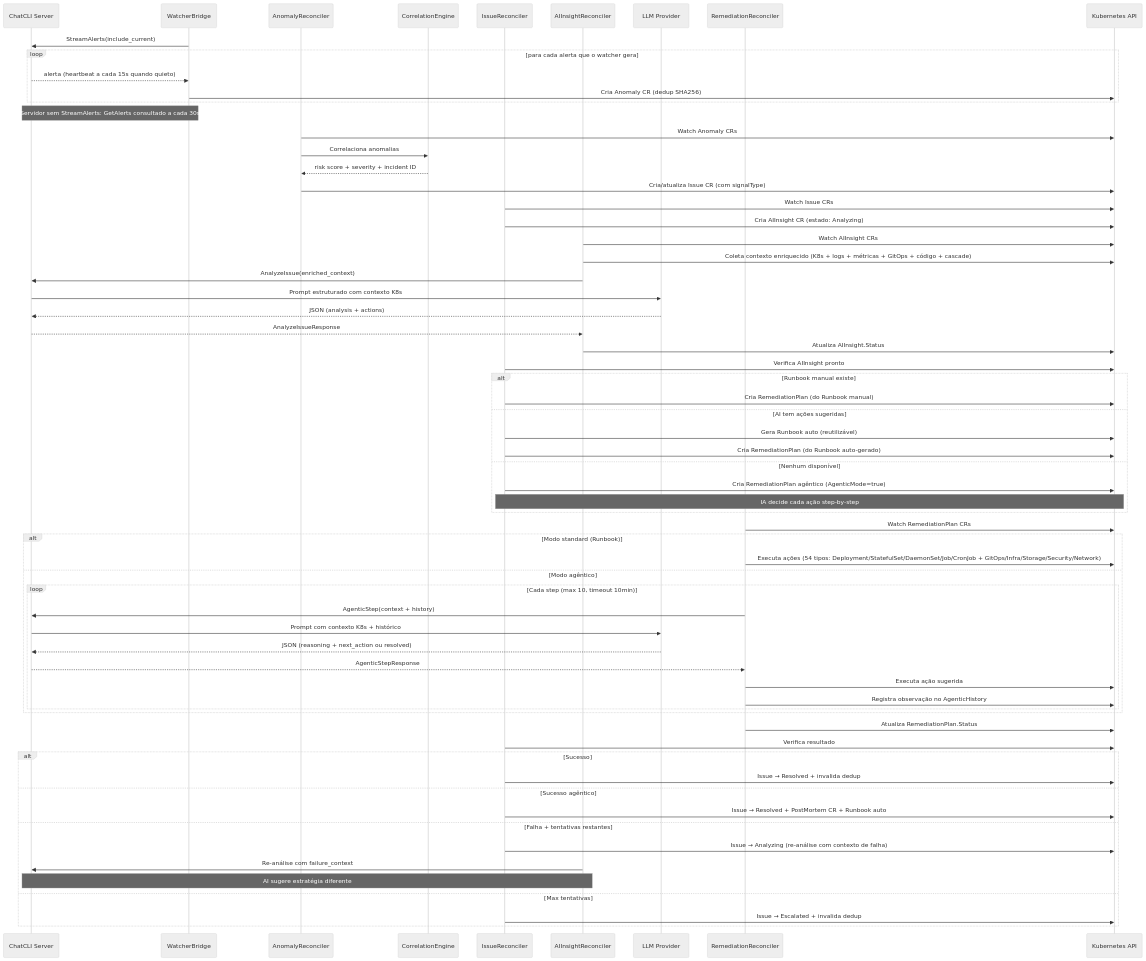
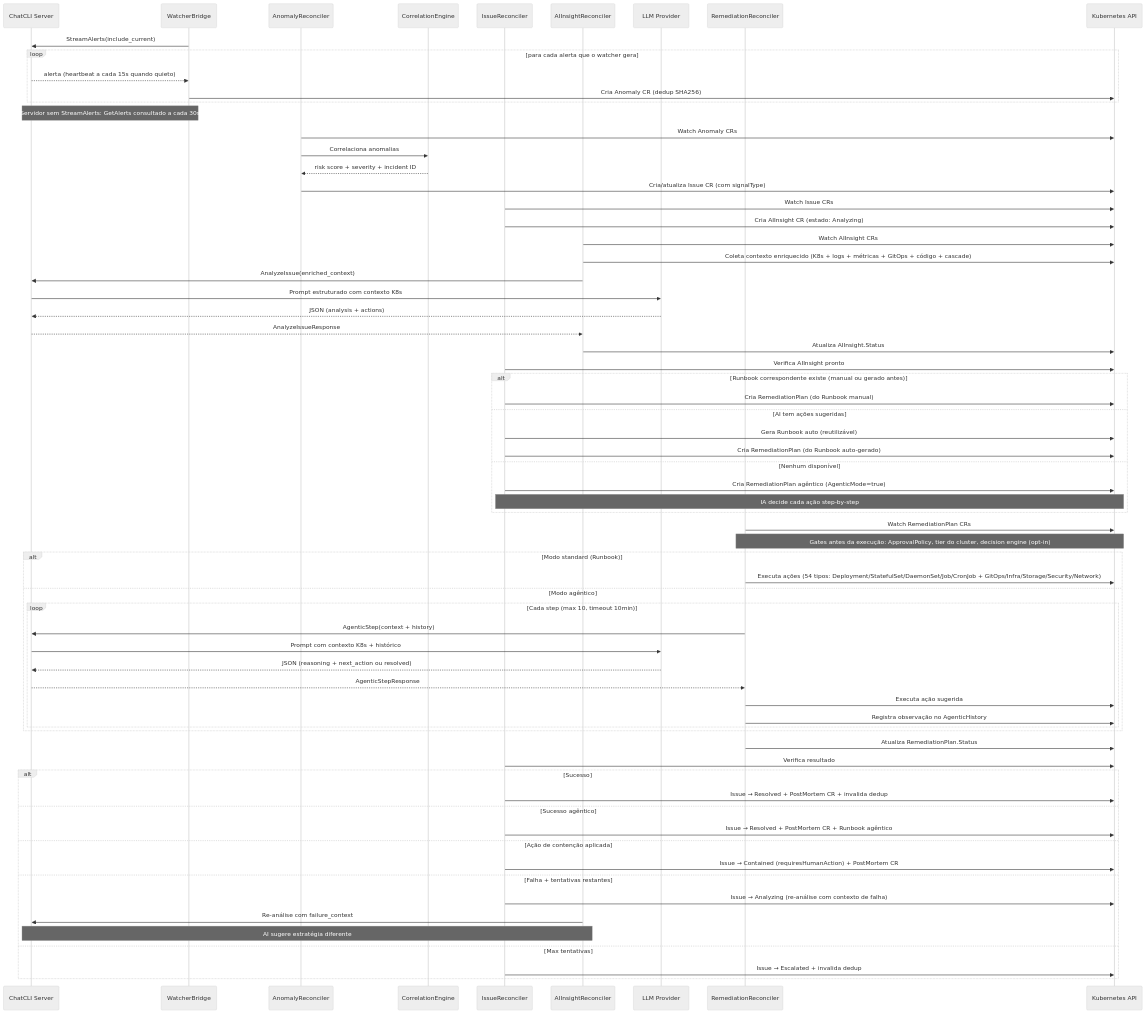
Before and after one commit to diillson/chatcli.ai: the first of 3 diagrams in pt/features/aiops-platform.mdx, drawn with Mermaid (neutral theme). The commit also changed other lines of this file and 126 other files, not shown here.

````diff
--- a/pt/features/aiops-platform.mdx
+++ b/pt/features/aiops-platform.mdx
@@ -16,75 +16,78 @@
 ```mermaid
 sequenceDiagram
     participant Server as ChatCLI Server
     participant WB as WatcherBridge
     participant AR as AnomalyReconciler
     participant CE as CorrelationEngine
     participant IR as IssueReconciler
     participant AIR as AIInsightReconciler
     participant LLM as LLM Provider
     participant RR as RemediationReconciler
     participant K8s as Kubernetes API
 
     WB->>Server: StreamAlerts(include_current)
     loop para cada alerta que o watcher gera
         Server-->>WB: alerta (heartbeat a cada 15s quando quieto)
         WB->>K8s: Cria Anomaly CR (dedup SHA256)
     end
     Note over WB,Server: Servidor sem StreamAlerts: GetAlerts consultado a cada 30s
 
     AR->>K8s: Watch Anomaly CRs
     AR->>CE: Correlaciona anomalias
     CE-->>AR: risk score + severity + incident ID
     AR->>K8s: Cria/atualiza Issue CR (com signalType)
 
     IR->>K8s: Watch Issue CRs
     IR->>K8s: Cria AIInsight CR (estado: Analyzing)
 
     AIR->>K8s: Watch AIInsight CRs
     AIR->>K8s: Coleta contexto enriquecido (K8s + logs + métricas + GitOps + código + cascade)
     AIR->>Server: AnalyzeIssue(enriched_context)
     Server->>LLM: Prompt estruturado com contexto K8s
     LLM-->>Server: JSON (analysis + actions)
     Server-->>AIR: AnalyzeIssueResponse
     AIR->>K8s: Atualiza AIInsight.Status
 
     IR->>K8s: Verifica AIInsight pronto
-    alt Runbook manual existe
+    alt Runbook correspondente existe (manual ou gerado antes)
         IR->>K8s: Cria RemediationPlan (do Runbook manual)
     else AI tem ações sugeridas
         IR->>K8s: Gera Runbook auto (reutilizável)
         IR->>K8s: Cria RemediationPlan (do Runbook auto-gerado)
     else Nenhum disponível
         IR->>K8s: Cria RemediationPlan agêntico (AgenticMode=true)
         Note over IR,K8s: IA decide cada ação step-by-step
     end
 
     RR->>K8s: Watch RemediationPlan CRs
+    Note over RR,K8s: Gates antes da execução: ApprovalPolicy, tier do cluster, decision engine (opt-in)
 
     alt Modo standard (Runbook)
         RR->>K8s: Executa ações (54 tipos: Deployment/StatefulSet/DaemonSet/Job/CronJob + GitOps/Infra/Storage/Security/Network)
     else Modo agêntico
         loop Cada step (max 10, timeout 10min)
             RR->>Server: AgenticStep(context + history)
             Server->>LLM: Prompt com contexto K8s + histórico
             LLM-->>Server: JSON (reasoning + next_action ou resolved)
             Server-->>RR: AgenticStepResponse
             RR->>K8s: Executa ação sugerida
             RR->>K8s: Registra observação no AgenticHistory
         end
     end
     RR->>K8s: Atualiza RemediationPlan.Status
 
     IR->>K8s: Verifica resultado
     alt Sucesso
-        IR->>K8s: Issue → Resolved + invalida dedup
+        IR->>K8s: Issue → Resolved + PostMortem CR + invalida dedup
     else Sucesso agêntico
-        IR->>K8s: Issue → Resolved + PostMortem CR + Runbook auto
+        IR->>K8s: Issue → Resolved + PostMortem CR + Runbook agêntico
+    else Ação de contenção aplicada
+        IR->>K8s: Issue → Contained (requiresHumanAction) + PostMortem CR
     else Falha + tentativas restantes
         IR->>K8s: Issue → Analyzing (re-análise com contexto de falha)
         AIR->>Server: Re-análise com failure_context
         Note over AIR,Server: AI sugere estratégia diferente
     else Max tentativas
         IR->>K8s: Issue → Escalated + invalida dedup
     end
 ```
````
